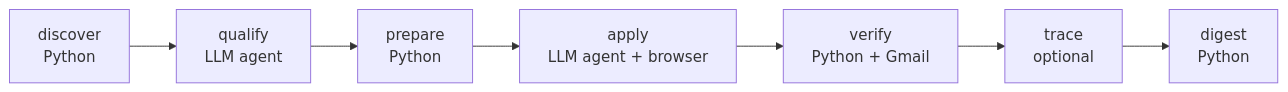
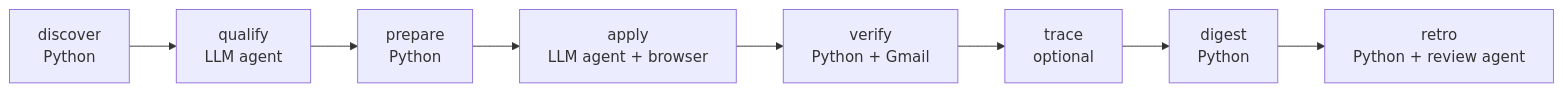
One commit to tonyGePT/get-a-job changed the diagram in README.md. Above: the diagram before and after it, drawn with Mermaid. The commit also changed other lines of this file, not shown here.

Commit message:
README: document post-run retro self-healing loop

````diff
--- a/README.md
+++ b/README.md
@@ -8,5 +8,5 @@
 ```mermaid
 flowchart LR
   D[discover<br/>Python] --> Q[qualify<br/>LLM agent] --> P[prepare<br/>Python] --> A[apply<br/>LLM agent + browser]
-  A --> V[verify<br/>Python + Gmail] --> T[trace<br/>optional] --> G[digest<br/>Python]
+  A --> V[verify<br/>Python + Gmail] --> T[trace<br/>optional] --> G[digest<br/>Python] --> R[retro<br/>Python + review agent]
 ```
````
